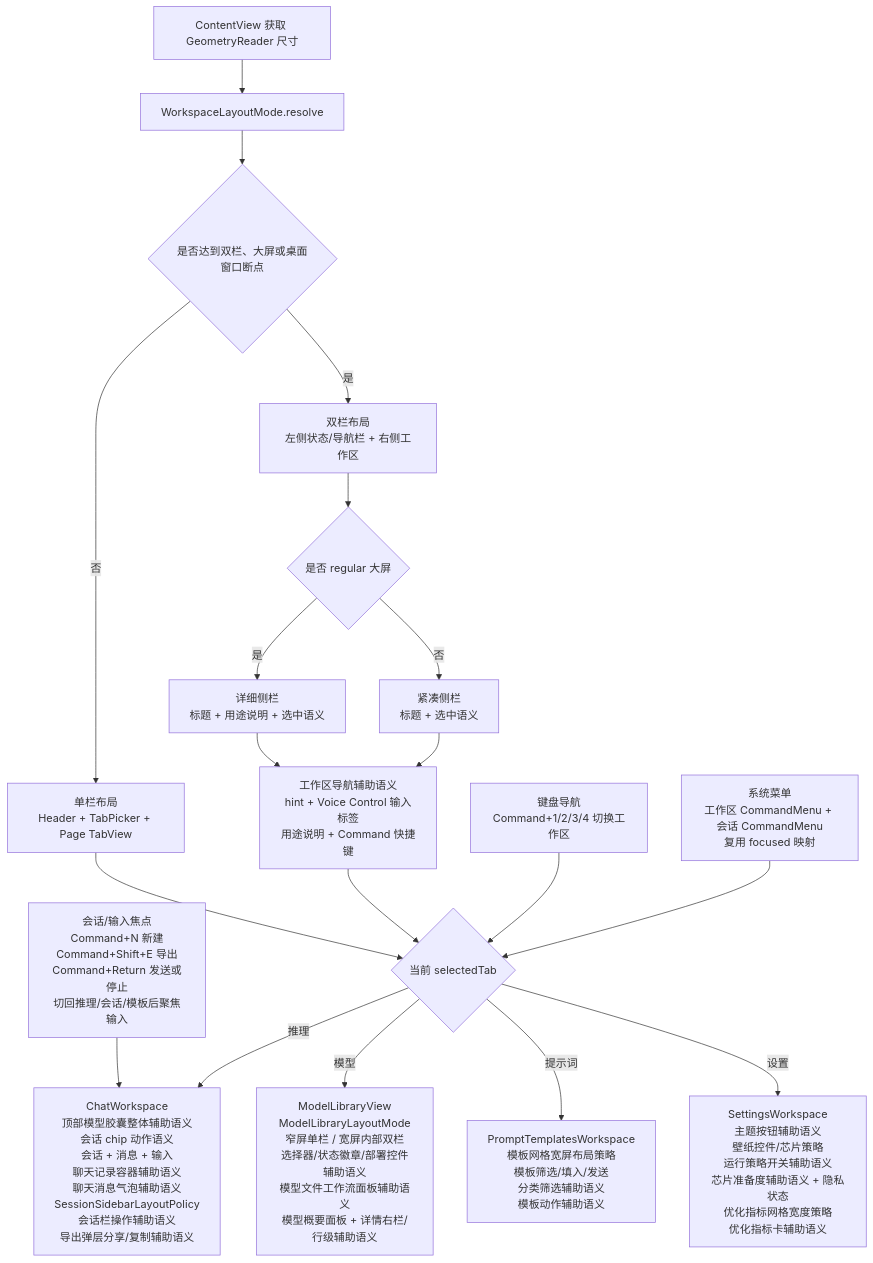
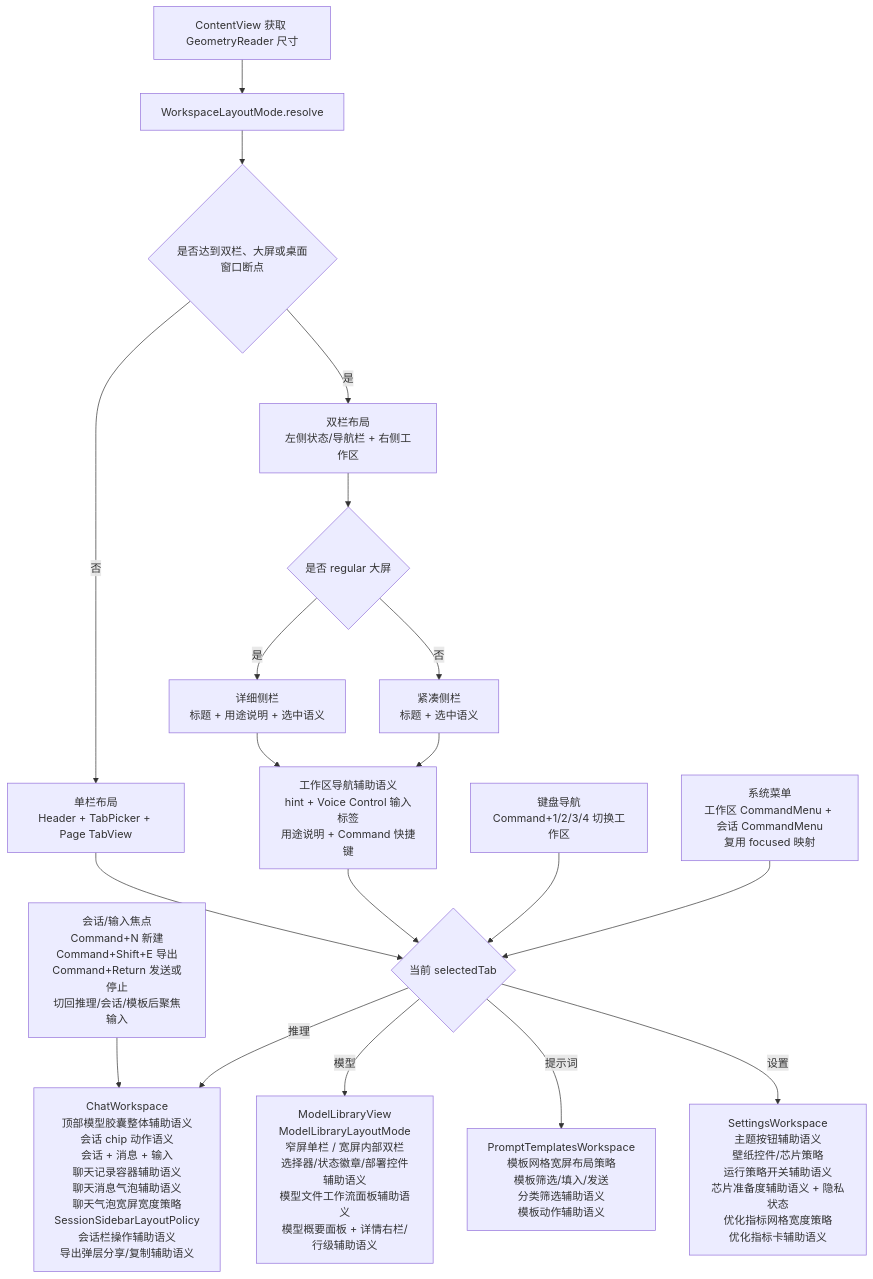
Before and after one commit to Altman-sam114/113: the fourth of 9 diagrams in md/flow/flowchart.md, drawn with Mermaid. The commit also changed other lines of this file and 8 other files, not shown here.

````diff
--- a/md/flow/flowchart.md
+++ b/md/flow/flowchart.md
@@ -68,21 +68,21 @@
 ```mermaid
 flowchart TD
     A[ContentView 获取 GeometryReader 尺寸] --> B[WorkspaceLayoutMode.resolve]
     B --> C{是否达到双栏、大屏或桌面窗口断点}
     C -- 否 --> D[单栏布局<br/>Header + TabPicker + Page TabView]
     C -- 是 --> E[双栏布局<br/>左侧状态/导航栏 + 右侧工作区]
     E --> N{是否 regular 大屏}
     N -- 是 --> O[详细侧栏<br/>标题 + 用途说明 + 选中语义]
     N -- 否 --> P[紧凑侧栏<br/>标题 + 选中语义]
     D --> F{当前 selectedTab}
     O --> X[工作区导航辅助语义<br/>hint + Voice Control 输入标签<br/>用途说明 + Command 快捷键]
     P --> X
     X --> F
     K[键盘导航<br/>Command+1/2/3/4 切换工作区] --> F
     M[系统菜单<br/>工作区 CommandMenu + 会话 CommandMenu<br/>复用 focused 映射] --> F
     L[会话/输入焦点<br/>Command+N 新建<br/>Command+Shift+E 导出<br/>Command+Return 发送或停止<br/>切回推理/会话/模板后聚焦输入] --> G
-    F -- 推理 --> G[ChatWorkspace<br/>顶部模型胶囊整体辅助语义<br/>会话 chip 动作语义<br/>会话 + 消息 + 输入<br/>聊天记录容器辅助语义<br/>聊天消息气泡辅助语义<br/>SessionSidebarLayoutPolicy<br/>会话栏操作辅助语义<br/>导出弹层分享/复制辅助语义]
+    F -- 推理 --> G[ChatWorkspace<br/>顶部模型胶囊整体辅助语义<br/>会话 chip 动作语义<br/>会话 + 消息 + 输入<br/>聊天记录容器辅助语义<br/>聊天消息气泡辅助语义<br/>聊天气泡宽屏宽度策略<br/>SessionSidebarLayoutPolicy<br/>会话栏操作辅助语义<br/>导出弹层分享/复制辅助语义]
     F -- 模型 --> H[ModelLibraryView<br/>ModelLibraryLayoutMode<br/>窄屏单栏 / 宽屏内部双栏<br/>选择器/状态徽章/部署控件辅助语义<br/>模型文件工作流面板辅助语义<br/>模型概要面板 + 详情右栏/行级辅助语义]
     F -- 提示词 --> I[PromptTemplatesWorkspace<br/>模板网格宽屏布局策略<br/>模板筛选/填入/发送<br/>分类筛选辅助语义<br/>模板动作辅助语义]
     F -- 设置 --> J[SettingsWorkspace<br/>主题按钮辅助语义<br/>壁纸控件/芯片策略<br/>运行策略开关辅助语义<br/>芯片准备度辅助语义 + 隐私状态<br/>优化指标网格宽度策略<br/>优化指标卡辅助语义]
 ```
````
